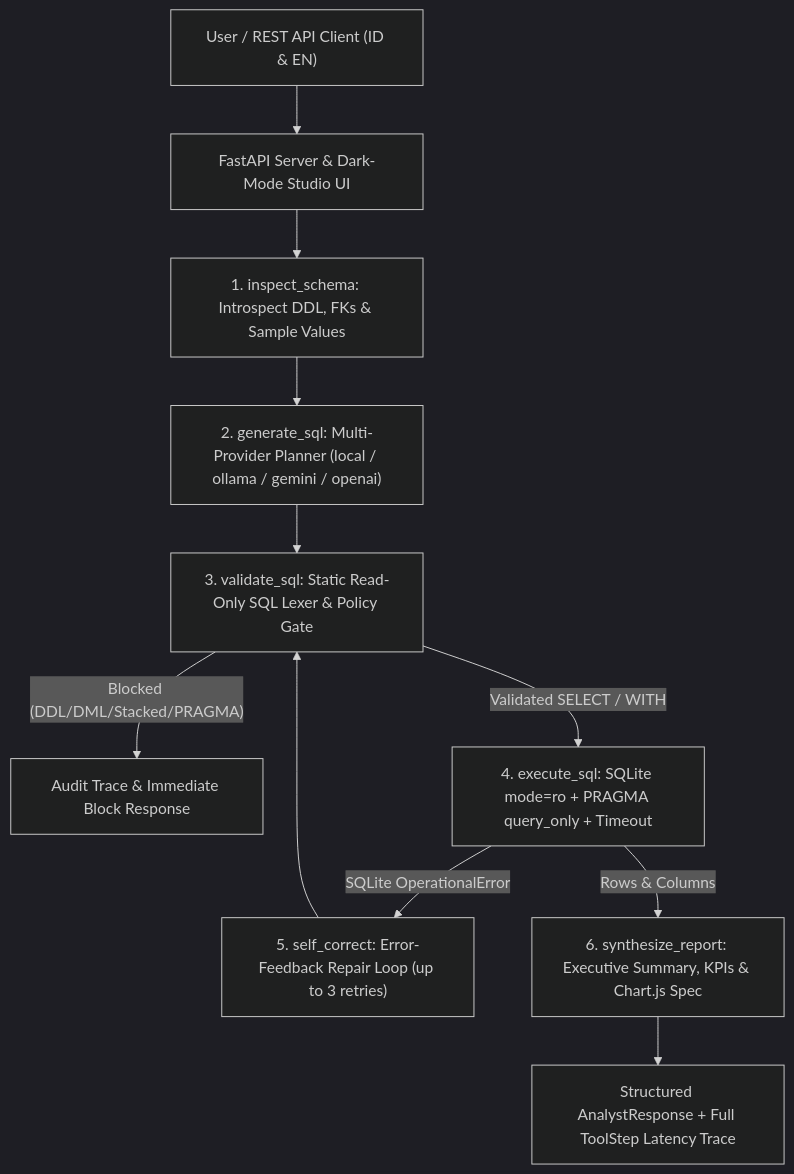
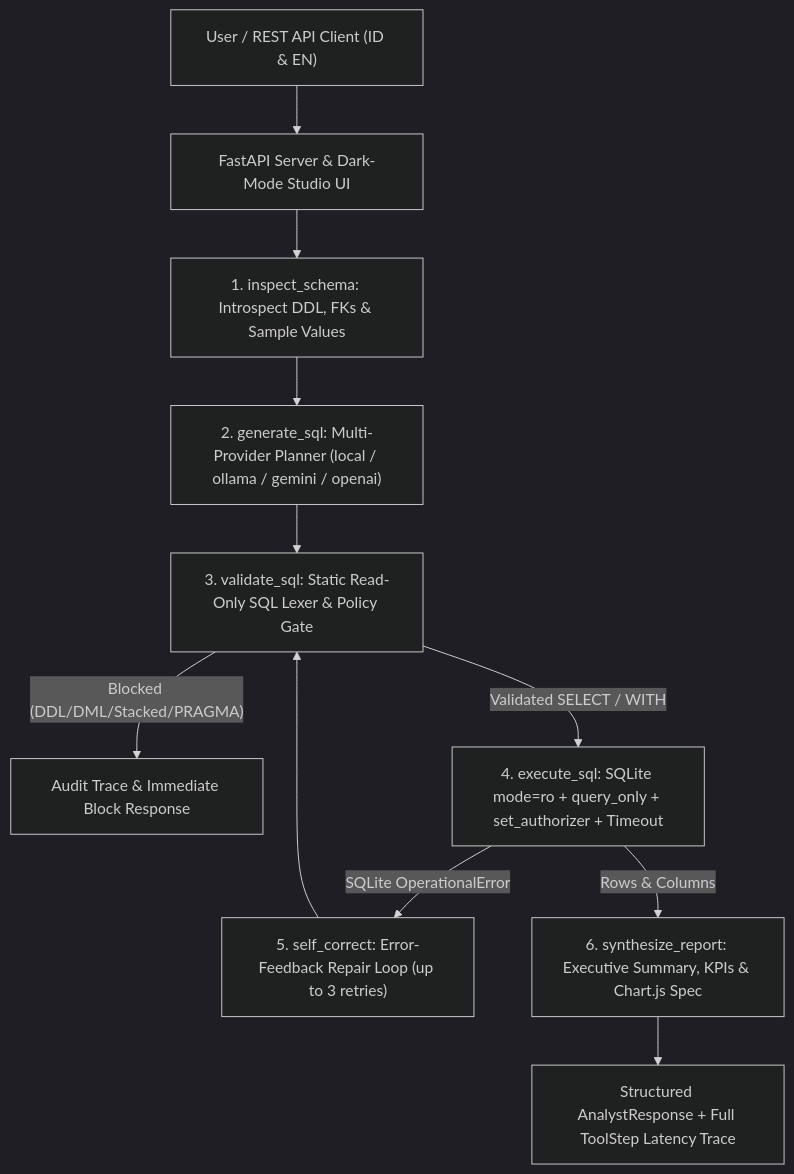
One commit to nazaa-arch/sql-analyst-agent changed the diagram in README.md. Above: the diagram before and after it, drawn with Mermaid (dark theme). The commit also changed other lines of this file and 15 other files, not shown here.

````diff
--- a/README.md
+++ b/README.md
@@ -11,13 +11,13 @@
 ```mermaid
 flowchart TD
     U["User / REST API Client (ID & EN)"] --> API["FastAPI Server & Dark-Mode Studio UI"]
     API --> S1["1. inspect_schema: Introspect DDL, FKs & Sample Values"]
     S1 --> S2["2. generate_sql: Multi-Provider Planner (local / ollama / gemini / openai)"]
     S2 --> S3["3. validate_sql: Static Read-Only SQL Lexer & Policy Gate"]
     S3 -->|"Blocked (DDL/DML/Stacked/PRAGMA)"| BLK["Audit Trace & Immediate Block Response"]
-    S3 -->|"Validated SELECT / WITH"| S4["4. execute_sql: SQLite mode=ro + PRAGMA query_only + Timeout"]
+    S3 -->|"Validated SELECT / WITH"| S4["4. execute_sql: SQLite mode=ro + query_only + set_authorizer + Timeout"]
     S4 -->|"SQLite OperationalError"| S5["5. self_correct: Error-Feedback Repair Loop (up to 3 retries)"]
     S5 --> S3
     S4 -->|"Rows & Columns"| S6["6. synthesize_report: Executive Summary, KPIs & Chart.js Spec"]
     S6 --> OUT["Structured AnalystResponse + Full ToolStep Latency Trace"]
 ```
````
